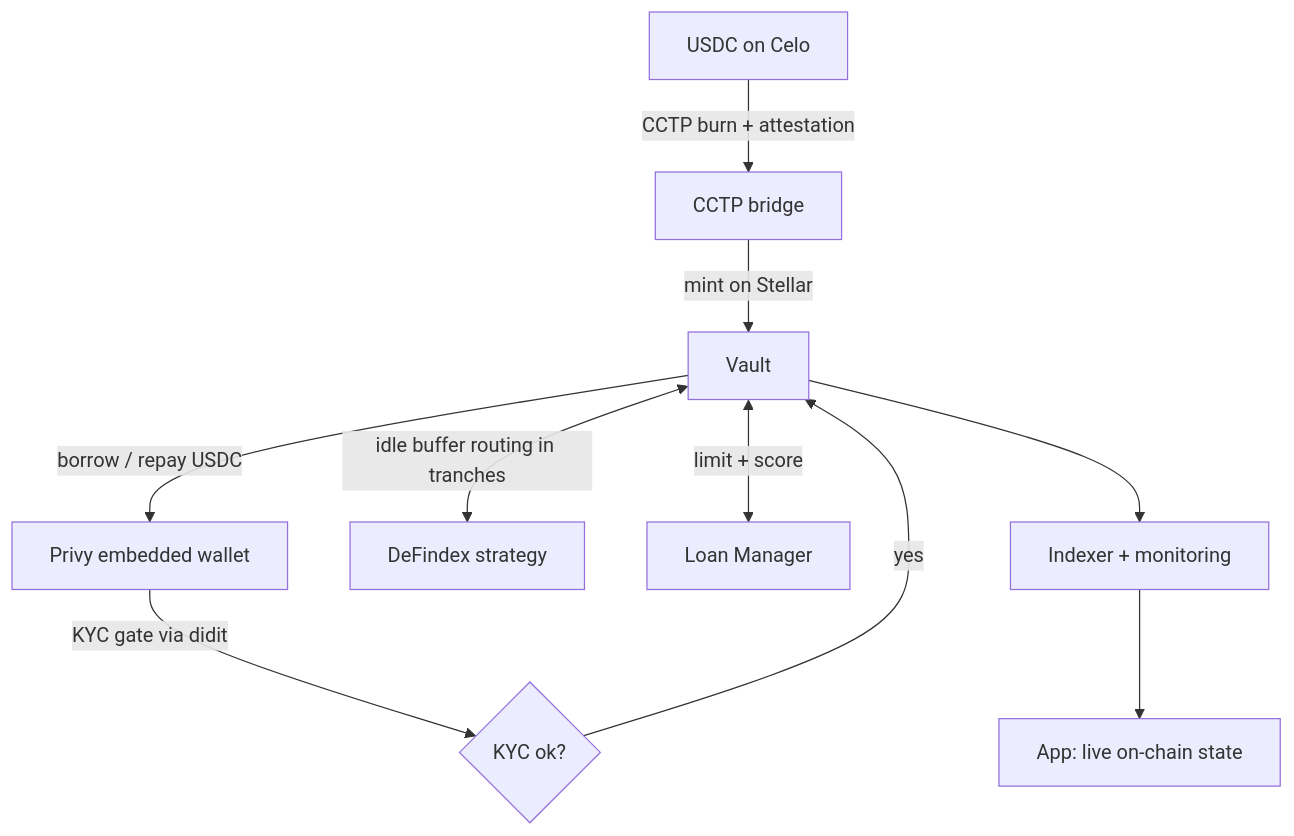
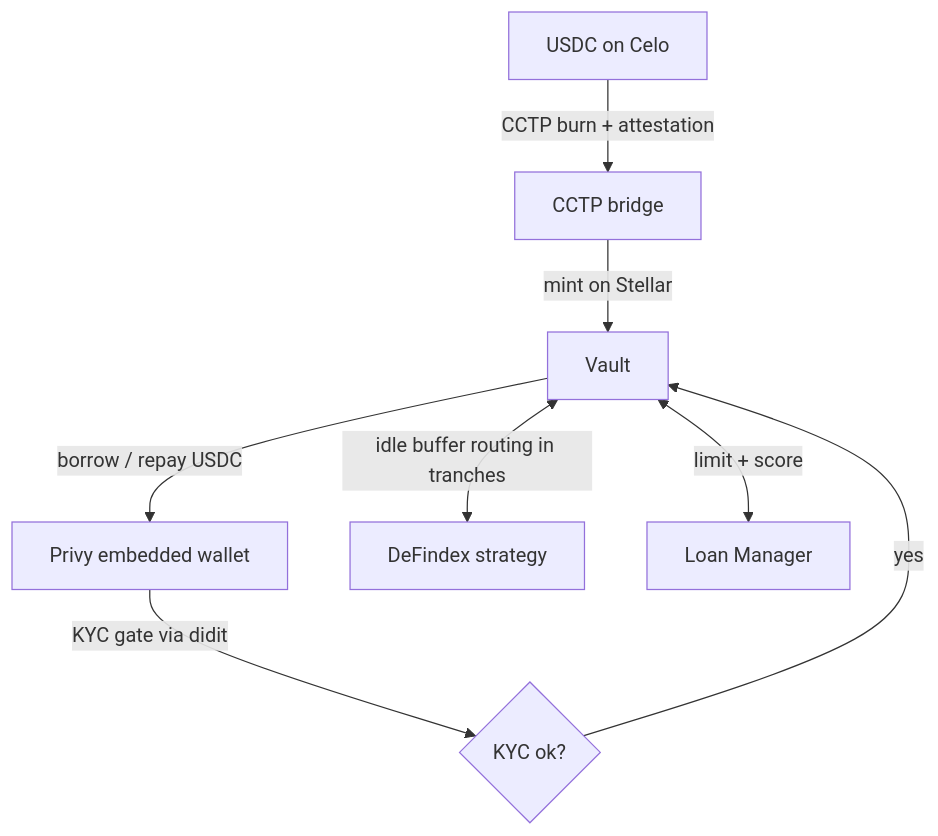
Before and after one commit to LuchoLeonel/lendoor-stellar: the second of 2 diagrams in docs/ARCHITECTURE.md, drawn with Mermaid. The commit also changed other lines of this file, not shown here.

Commit message:
docs: tighten architecture doc to handbook spec (cut pitch, add on-chain footprint + metric methodology)

````diff
--- a/docs/ARCHITECTURE.md
+++ b/docs/ARCHITECTURE.md
@@ -85,12 +61,10 @@
 ```mermaid
 flowchart TD
   C["USDC on Celo"] -->|"CCTP burn + attestation"| BR["CCTP bridge"]
   BR -->|"mint on Stellar"| V["Vault"]
   P["Privy embedded wallet"] -->|"KYC gate via didit"| G{"KYC ok?"}
   G -->|yes| V
   V -->|"borrow / repay USDC"| P
   V <-->|"idle buffer routing in tranches"| D["DeFindex strategy"]
   V <-->|"limit + score"| LM["Loan Manager"]
-  V --> IDX["Indexer + monitoring"]
-  IDX --> APP["App: live on-chain state"]
 ```
````
